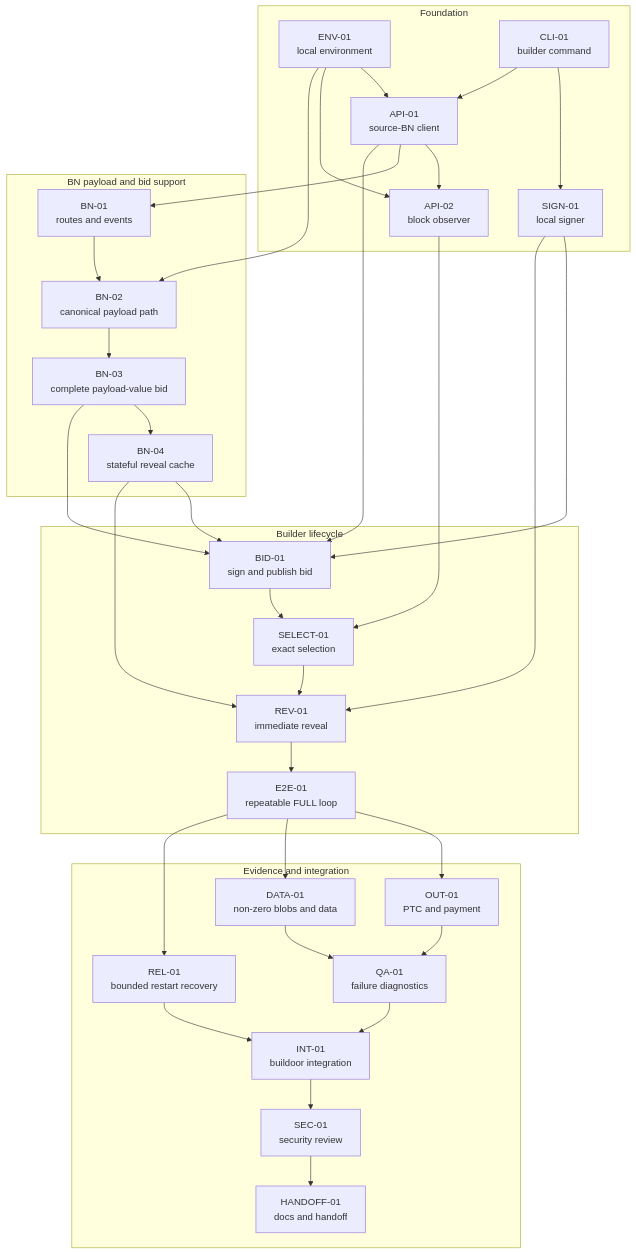
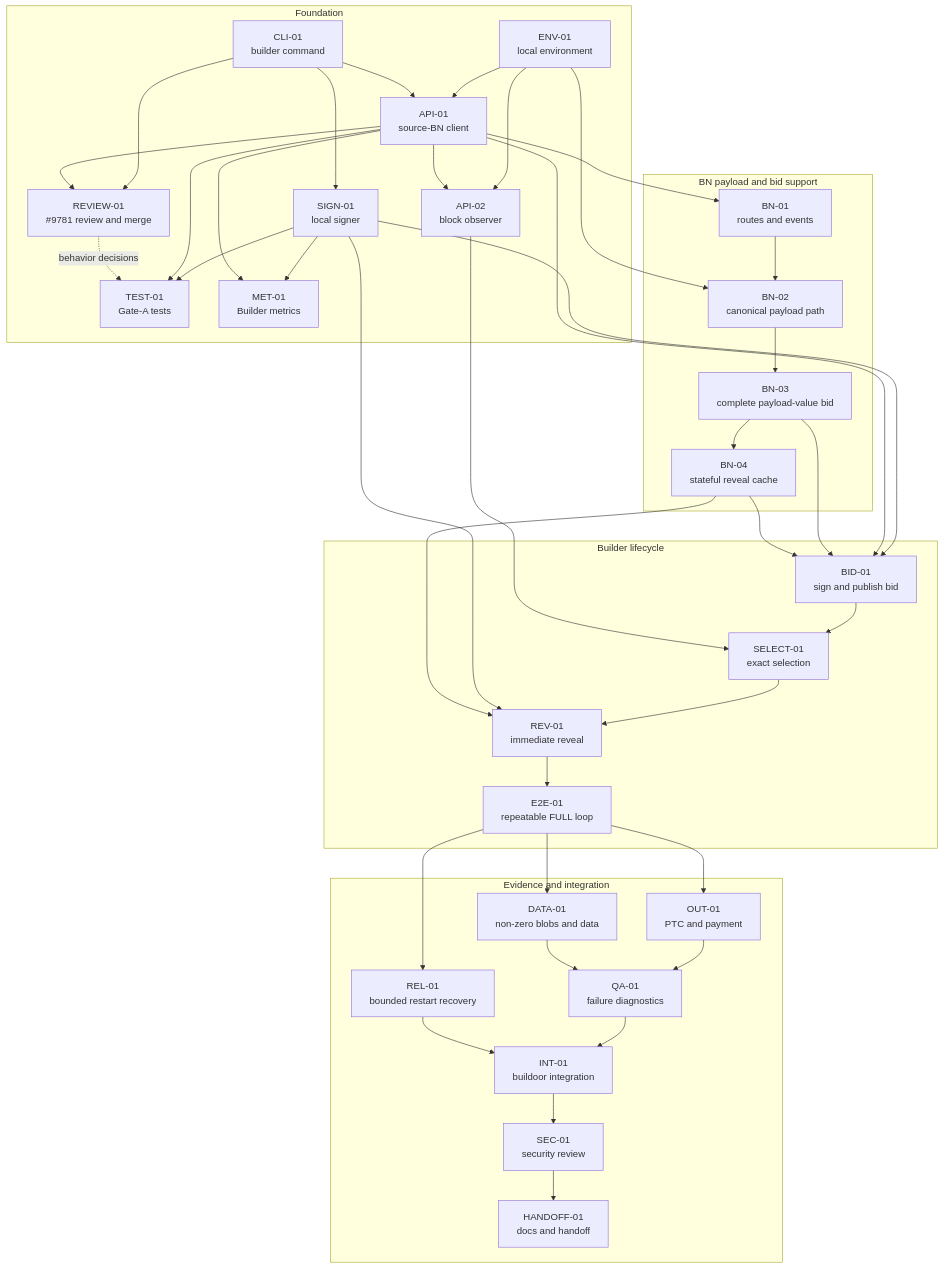
One commit to krisoshea-eth/lodestar-eip-7732-builder-docs changed the ninth of 16 diagrams in docs/implementation-plan.md. Above: the diagram before and after it, drawn with Mermaid. The commit also changed other lines of this file and 4 other files, not shown here.

````diff
--- a/docs/implementation-plan.md
+++ b/docs/implementation-plan.md
@@ -615,64 +620,74 @@
 ```mermaid
 flowchart TD
     subgraph FOUNDATION["Foundation"]
         ENV["ENV-01<br/>local environment"]
         CLI["CLI-01<br/>builder command"]
         SIGN["SIGN-01<br/>local signer"]
         API1["API-01<br/>source-BN client"]
         API2["API-02<br/>block observer"]
+        TEST["TEST-01<br/>Gate-A tests"]
+        MET["MET-01<br/>Builder metrics"]
+        REVIEW["REVIEW-01<br/>#9781 review and merge"]
         ENV --> API1
         ENV --> API2
         CLI --> SIGN
         CLI --> API1
         API1 --> API2
+        SIGN --> TEST
+        API1 --> TEST
+        SIGN --> MET
+        API1 --> MET
+        CLI --> REVIEW
+        API1 --> REVIEW
+        REVIEW -. behavior decisions .-> TEST
     end
 
     subgraph BNWORK["BN payload and bid support"]
         BN1["BN-01<br/>routes and events"]
         BN2["BN-02<br/>canonical payload path"]
         BN3["BN-03<br/>complete payload-value bid"]
         BN4["BN-04<br/>stateful reveal cache"]
         BN1 --> BN2
         BN2 --> BN3
         BN3 --> BN4
     end
 
     subgraph LOOP["Builder lifecycle"]
         BID["BID-01<br/>sign and publish bid"]
         SEL["SELECT-01<br/>exact selection"]
         REV["REV-01<br/>immediate reveal"]
         E2E["E2E-01<br/>repeatable FULL loop"]
         BID --> SEL
         SEL --> REV
         REV --> E2E
     end
 
     subgraph EVIDENCE["Evidence and integration"]
         OUT["OUT-01<br/>PTC and payment"]
         DATA["DATA-01<br/>non-zero blobs and data"]
         QA["QA-01<br/>failure diagnostics"]
         REL["REL-01<br/>bounded restart recovery"]
         INT["INT-01<br/>buildoor integration"]
         SEC["SEC-01<br/>security review"]
         HAND["HANDOFF-01<br/>docs and handoff"]
         E2E --> OUT
         E2E --> DATA
         E2E --> REL
         OUT --> QA
         DATA --> QA
         QA --> INT
         REL --> INT
         INT --> SEC
         SEC --> HAND
     end
 
     API1 --> BN1
     ENV --> BN2
     SIGN --> BID
     API1 --> BID
     BN3 --> BID
     BN4 --> BID
     API2 --> SEL
     SIGN --> REV
     BN4 --> REV
 ```
````
